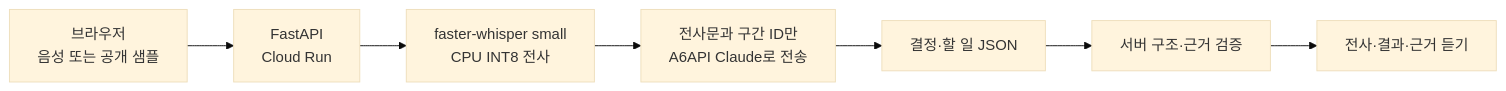
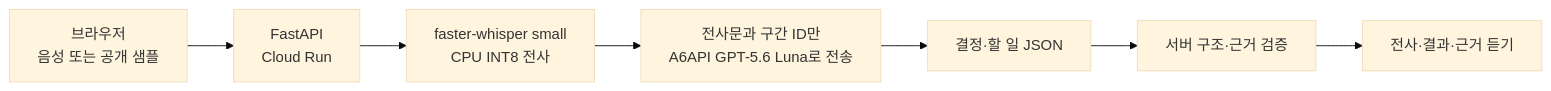
One commit to hangokudao/minutemark changed the diagram in README.md. Above: the diagram before and after it, drawn with Mermaid (base theme). The commit also changed other lines of this file and 7 other files, not shown here.

````diff
--- a/README.md
+++ b/README.md
@@ -26,9 +26,9 @@
 ```mermaid
 flowchart LR
     A["브라우저<br/>음성 또는 공개 샘플"] --> B["FastAPI<br/>Cloud Run"]
     B --> C["faster-whisper small<br/>CPU INT8 전사"]
-    C --> D["전사문과 구간 ID만<br/>A6API Claude로 전송"]
+    C --> D["전사문과 구간 ID만<br/>A6API GPT-5.6 Luna로 전송"]
     D --> E["결정·할 일 JSON"]
     E --> F["서버 구조·근거 검증"]
     F --> G["전사·결과·근거 듣기"]
 ```
````
